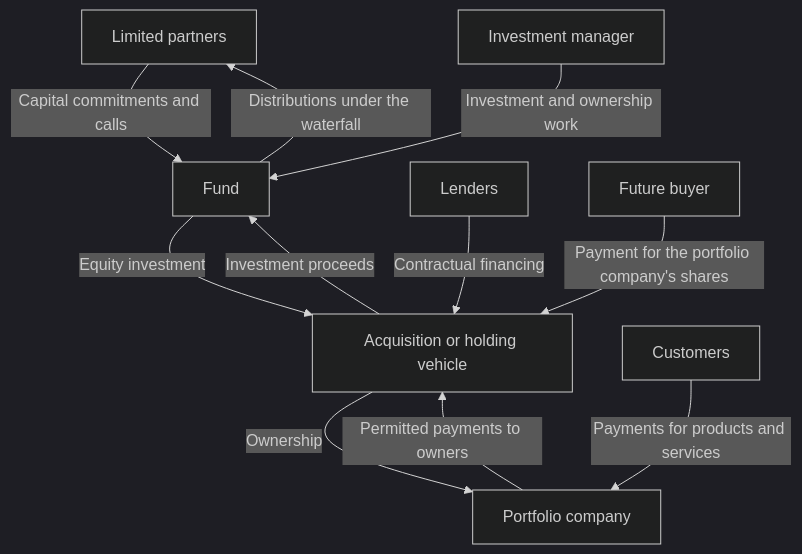
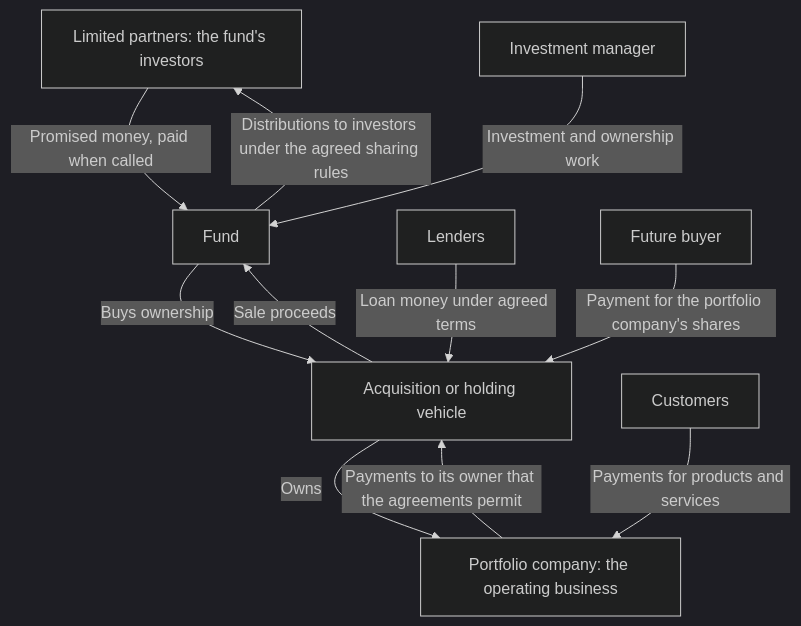
One commit to zeljkoobrenovic/spec-driven-journals changed the diagram in manuscripts/owned/announcement-is-not-a-budget.md. Above: the diagram before and after it, drawn with Mermaid (dark theme). The commit also changed other lines of this file and 81 other files, not shown here.

````diff
--- a/manuscripts/owned/announcement-is-not-a-budget.md
+++ b/manuscripts/owned/announcement-is-not-a-budget.md
@@ -55,13 +59,13 @@
 ```mermaid
 flowchart TD
-  LP[Limited partners] -->|Capital commitments and calls| F[Fund]
+  LP[Limited partners: the fund's investors] -->|Promised money, paid when called| F[Fund]
   M[Investment manager] -->|Investment and ownership work| F
-  F -->|Equity investment| H[Acquisition or holding vehicle]
-  L[Lenders] -->|Contractual financing| H
-  H -->|Ownership| C[Portfolio company]
+  F -->|Buys ownership| H[Acquisition or holding vehicle]
+  L[Lenders] -->|Loan money under agreed terms| H
+  H -->|Owns| C[Portfolio company: the operating business]
   CU[Customers] -->|Payments for products and services| C
-  C -->|Permitted payments to owners| H
+  C -->|Payments to its owner that the agreements permit| H
   B[Future buyer] -->|Payment for the portfolio company's shares| H
-  H -->|Investment proceeds| F
-  F -->|Distributions under the waterfall| LP
+  H -->|Sale proceeds| F
+  F -->|Distributions to investors under the agreed sharing rules| LP
 ```
````
